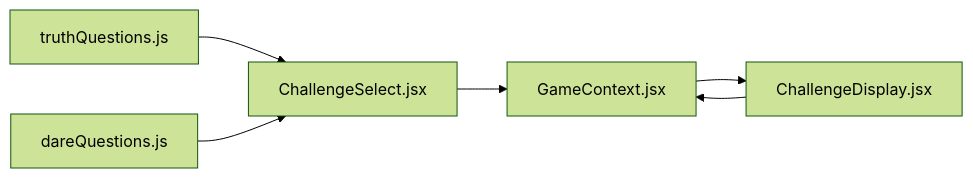
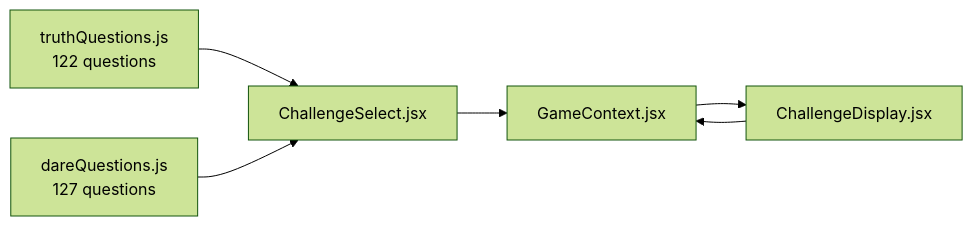
The seventh of 7 diagrams in .qoder/repowiki/en/content/Question Data System.md (pankehan11-afk/Truth_or_Dare), drawn with Mermaid (forest theme) before and after one commit. The commit also changed other lines of this file and 46 other files, not shown here.

````diff
--- a/.qoder/repowiki/en/content/Question Data System.md
+++ b/.qoder/repowiki/en/content/Question Data System.md
@@ -269,8 +306,8 @@
 ```mermaid
 graph LR
-TQ["truthQuestions.js"] --> CS["ChallengeSelect.jsx"]
-DQ["dareQuestions.js"] --> CS
+TQ["truthQuestions.js<br/>122 questions"] --> CS["ChallengeSelect.jsx"]
+DQ["dareQuestions.js<br/>127 questions"] --> CS
 CS --> GCTX["GameContext.jsx"]
 CD["ChallengeDisplay.jsx"] --> GCTX
 GCTX --> CD
 ```
````
